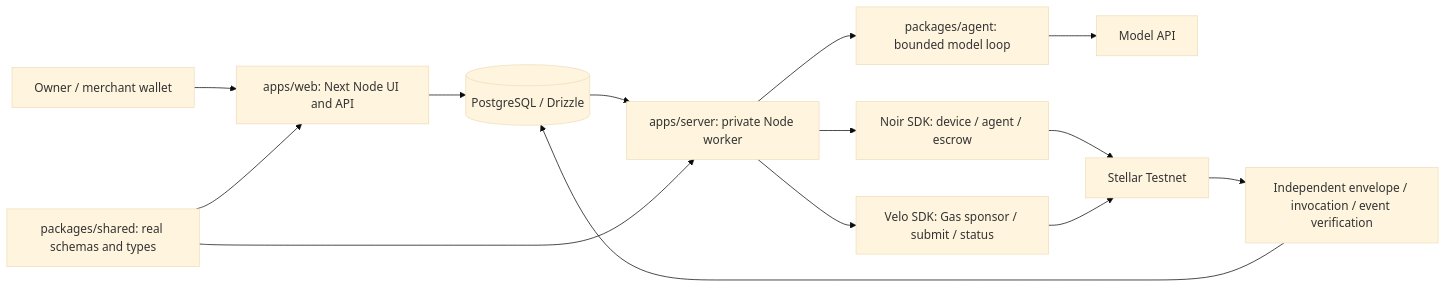
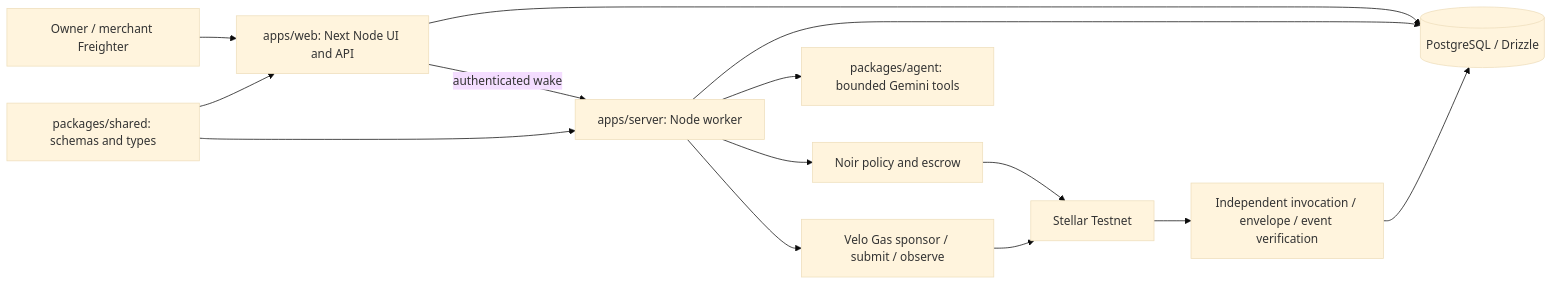
One commit to slvdrvncntjvr/AegisPay changed the diagram in README.md. Above: the diagram before and after it, drawn with Mermaid (base theme). The commit also changed other lines of this file and 115 other files, not shown here.

````diff
--- a/README.md
+++ b/README.md
@@ -67,31 +23,16 @@
 ```mermaid
-
 flowchart LR
-
-  O[Owner / merchant wallet] --> W[apps/web: Next Node UI and API]
-
+  H[Owner / merchant Freighter] --> W[apps/web: Next Node UI and API]
   W --> D[(PostgreSQL / Drizzle)]
-
-  D --> S[apps/server: private Node worker]
-
-  S --> A[packages/agent: bounded model loop]
-
-  A --> M[Model API]
-
-  S --> N[Noir SDK: device / agent / escrow]
-
-  S --> V[Velo SDK: Gas sponsor / submit / status]
-
+  W -->|authenticated wake| S[apps/server: Node worker]
+  S --> D
+  S --> A[packages/agent: bounded Gemini tools]
+  S --> N[Noir policy and escrow]
+  S --> V[Velo Gas sponsor / submit / observe]
   N --> T[Stellar Testnet]
-
   V --> T
-
-  T --> E[Independent envelope / invocation / event verification]
-
+  T --> E[Independent invocation / envelope / event verification]
   E --> D
-
-  H[packages/shared: real schemas and types] --> W
-
-  H --> S
-
+  P[packages/shared: schemas and types] --> W
+  P --> S
 ```
````
